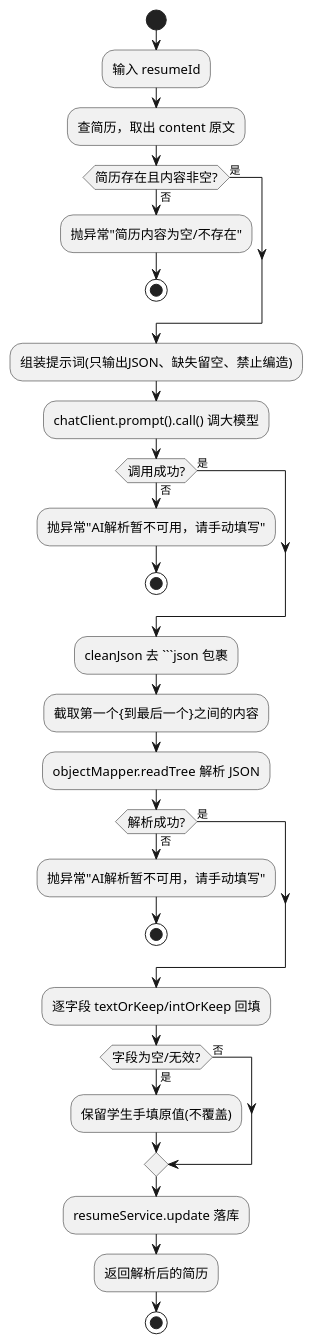
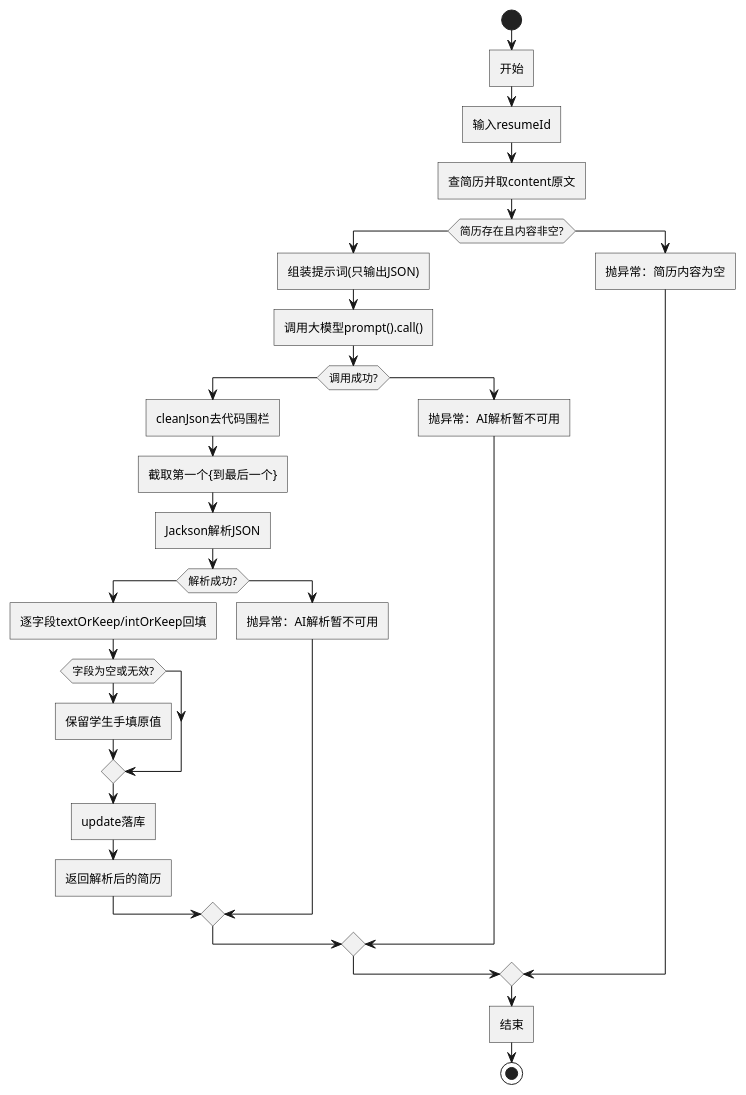
One commit to sheep7-bot/recruit-internship-system changed the diagram in uml/李翔/flowchart-ai-parse.puml. Above: the diagram before and after it, drawn with PlantUML. The commit also changed 61 other files, not shown here.

Commit message:
完善 AI 简历解析服务，更新 UML 图集；API Key 改为环境变量读取

````diff
--- a/uml/李翔/flowchart-ai-parse.puml
+++ b/uml/李翔/flowchart-ai-parse.puml
@@ -1,38 +1,35 @@
 @startuml AI简历解析核心算法流程图
 skinparam defaultFontName "Microsoft YaHei"
-skinparam activityDiamondFontSize 13
-skinparam activityFontSize 13
-skinparam defaultTextAlignment center
+skinparam roundCorner 0
 
 start
-:输入 resumeId;
-:查简历，取出 content 原文;
-if (简历存在且内容非空?) then (否)
-  :抛异常"简历内容为空/不存在";
-  stop
-else (是)
+:开始;
+:输入resumeId;
+:查简历并取content原文;
+if (简历存在且内容非空?) then
+  :组装提示词(只输出JSON);
+  :调用大模型prompt().call();
+  if (调用成功?) then
+    :cleanJson去代码围栏;
+    :截取第一个{到最后一个};
+    :Jackson解析JSON;
+    if (解析成功?) then
+      :逐字段textOrKeep/intOrKeep回填;
+      if (字段为空或无效?) then
+        :保留学生手填原值;
+      else
+      endif
+      :update落库;
+      :返回解析后的简历;
+    else
+      :抛异常：AI解析暂不可用;
+    endif
+  else
+    :抛异常：AI解析暂不可用;
+  endif
+else
+  :抛异常：简历内容为空;
 endif
-:组装提示词(只输出JSON、缺失留空、禁止编造);
-:chatClient.prompt().call() 调大模型;
-if (调用成功?) then (否)
-  :抛异常"AI解析暂不可用，请手动填写";
-  stop
-else (是)
-endif
-:cleanJson 去 ```json 包裹;
-:截取第一个{到最后一个}之间的内容;
-:objectMapper.readTree 解析 JSON;
-if (解析成功?) then (否)
-  :抛异常"AI解析暂不可用，请手动填写";
-  stop
-else (是)
-endif
-:逐字段 textOrKeep/intOrKeep 回填;
-if (字段为空/无效?) then (是)
-  :保留学生手填原值(不覆盖);
-else (否)
-endif
-:resumeService.update 落库;
-:返回解析后的简历;
+:结束;
 stop
 @enduml
````
